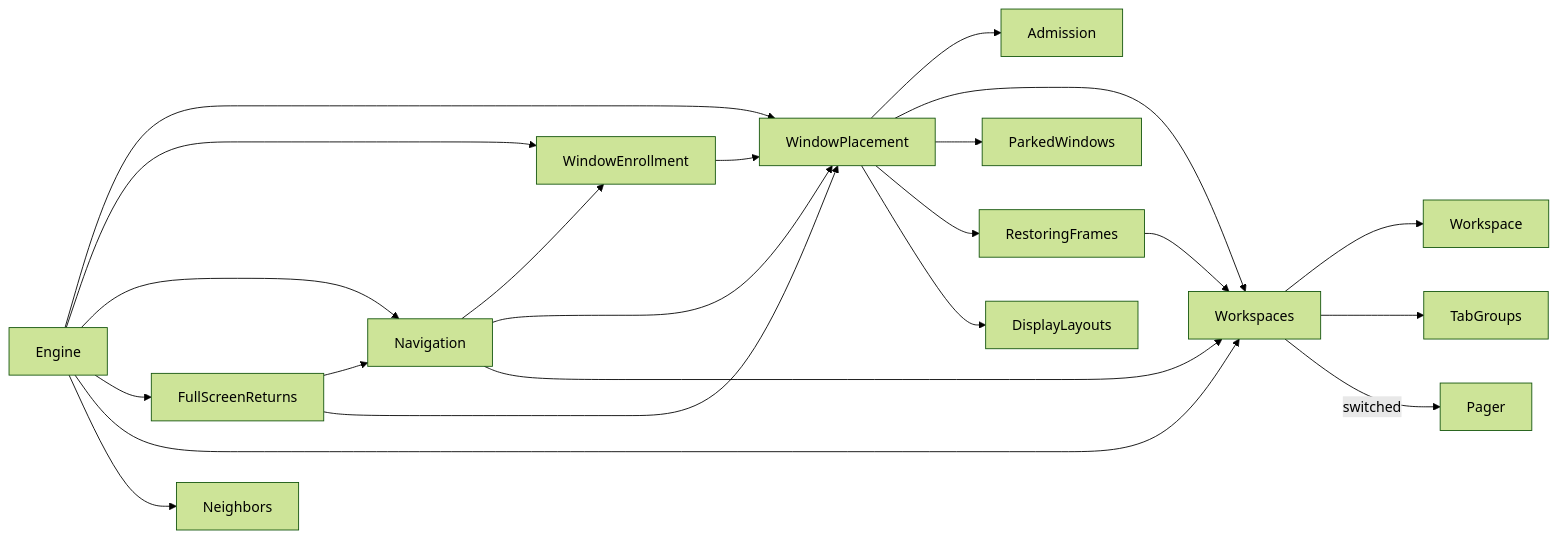
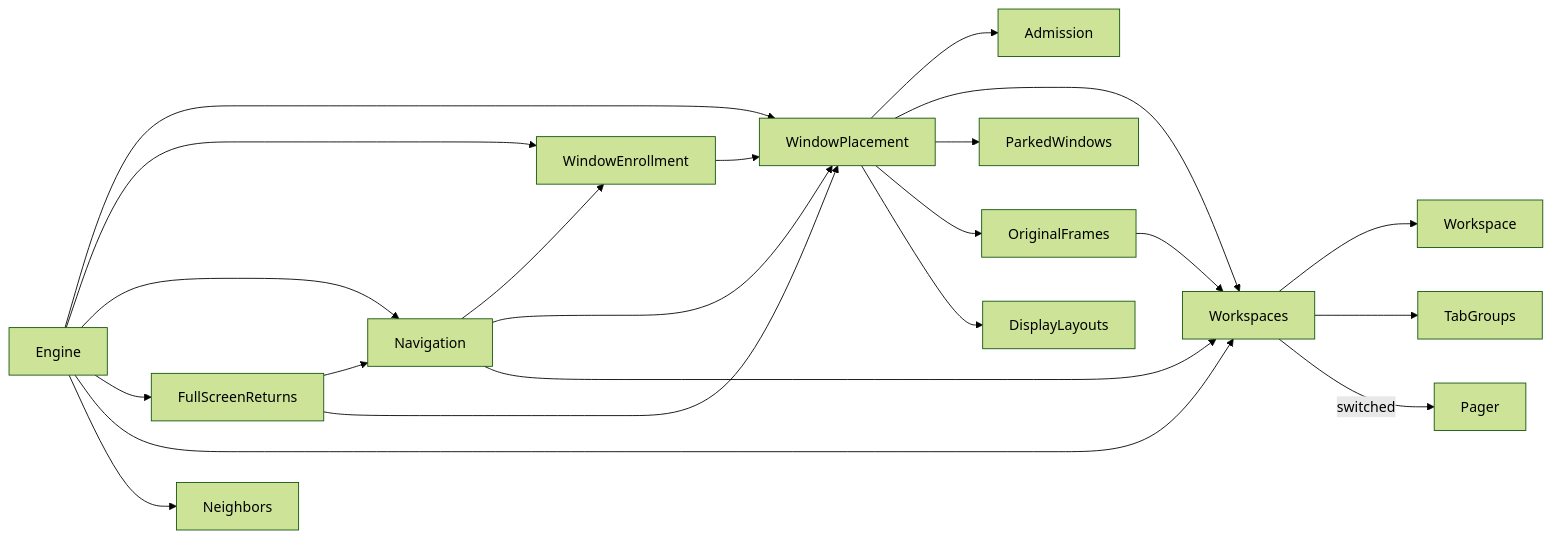
One commit to brennovich/ottowm changed the fourth of 20 diagrams in ARCHITECTURE.md. Above: the diagram before and after it, drawn with Mermaid (forest theme). The commit also changed other lines of this file and 7 other files, not shown here.

First line of the commit message:
Rename the RestoringFrames class to OriginalFrames

````diff
--- a/ARCHITECTURE.md
+++ b/ARCHITECTURE.md
@@ -138,24 +138,24 @@
 ```mermaid
 flowchart LR
     Engine --> WindowPlacement
     Engine --> WindowEnrollment
     Engine --> Navigation
     Engine --> FullScreenReturns
     Engine --> Workspaces
     Engine --> Neighbors
     WindowEnrollment --> WindowPlacement
     WindowPlacement --> Admission
     Navigation --> WindowEnrollment
     Navigation --> WindowPlacement
     FullScreenReturns --> Navigation
     FullScreenReturns --> WindowPlacement
     WindowPlacement --> Workspaces
     WindowPlacement --> ParkedWindows
-    WindowPlacement --> RestoringFrames
+    WindowPlacement --> OriginalFrames
     WindowPlacement --> DisplayLayouts
-    RestoringFrames --> Workspaces
+    OriginalFrames --> Workspaces
     Navigation --> Workspaces
     Workspaces --> Workspace
     Workspaces --> TabGroups
     Workspaces -->|switched| Pager
 ```
````
